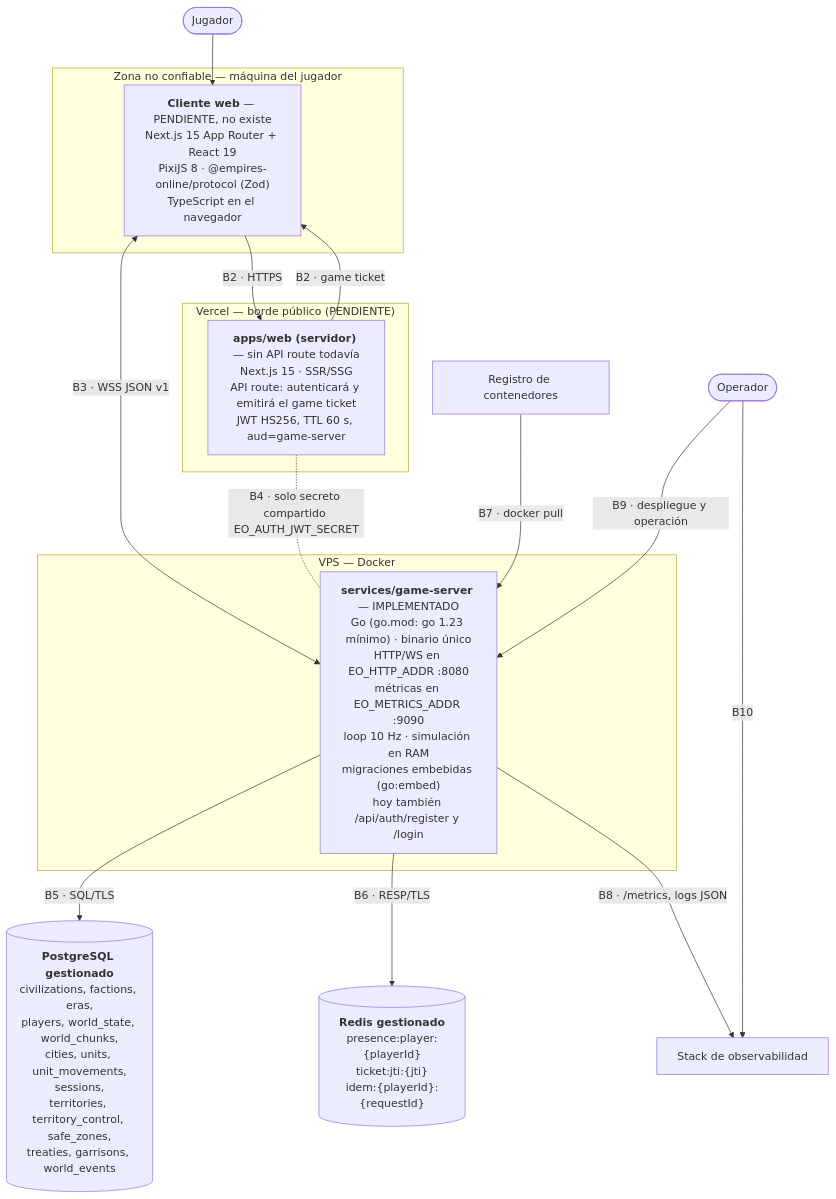
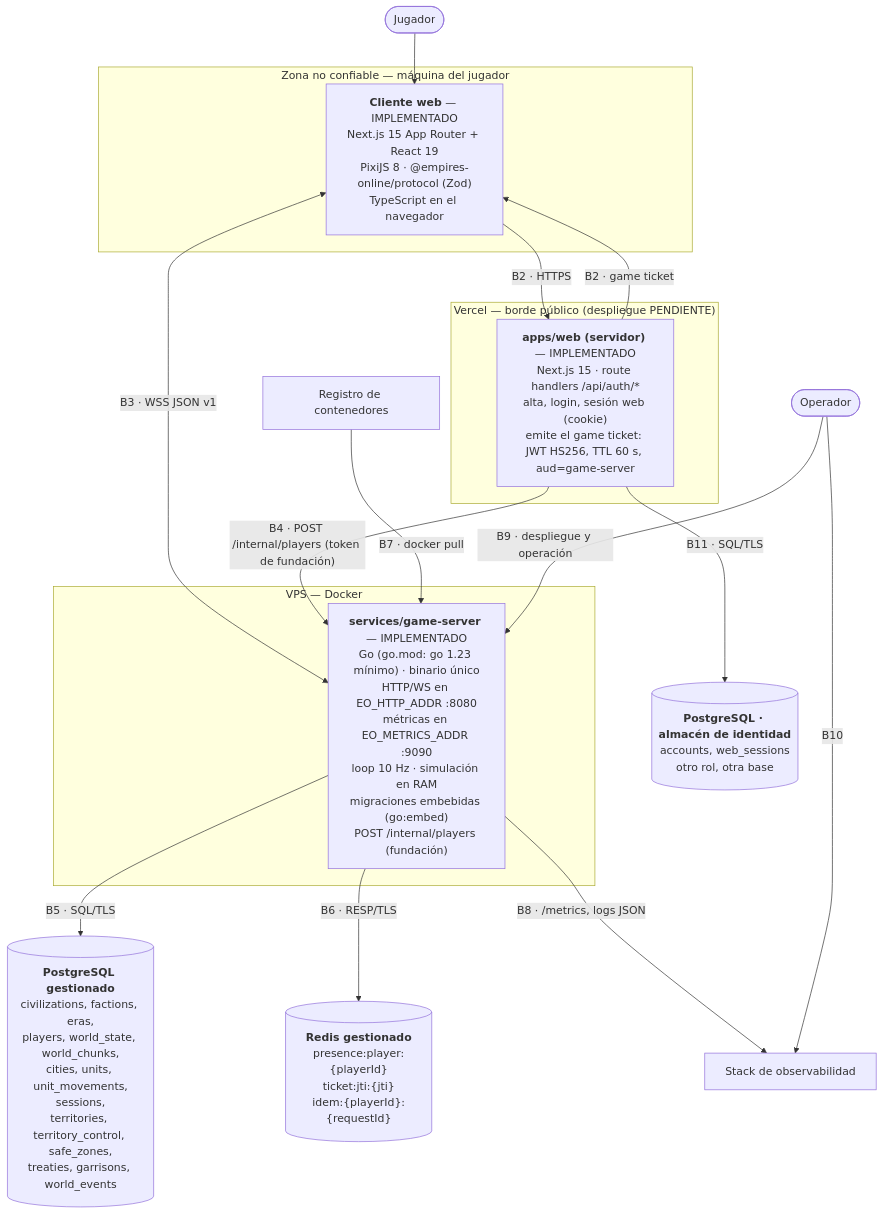
The second of 2 diagrams in docs/architecture/system-context.md (sonetlumiere-code/empires-online), drawn with Mermaid before and after one commit. The commit also changed other lines of this file and 104 other files, not shown here.

````diff
--- a/docs/architecture/system-context.md
+++ b/docs/architecture/system-context.md
@@ -67,34 +64,36 @@
 ```mermaid
 flowchart TB
     PLAYER(["Jugador"])
     OPERATOR(["Operador"])
 
     subgraph untrusted["Zona no confiable — máquina del jugador"]
-        SPA["<b>Cliente web</b> — PENDIENTE, no existe<br/>Next.js 15 App Router + React 19<br/>PixiJS 8 · @empires-online/protocol (Zod)<br/>TypeScript en el navegador"]
+        SPA["<b>Cliente web</b> — IMPLEMENTADO<br/>Next.js 15 App Router + React 19<br/>PixiJS 8 · @empires-online/protocol (Zod)<br/>TypeScript en el navegador"]
     end
 
-    subgraph edge["Vercel — borde público (PENDIENTE)"]
-        NEXT["<b>apps/web (servidor)</b> — sin API route todavía<br/>Next.js 15 · SSR/SSG<br/>API route: autenticará y emitirá el game ticket<br/>JWT HS256, TTL 60 s, aud=game-server"]
+    subgraph edge["Vercel — borde público (despliegue PENDIENTE)"]
+        NEXT["<b>apps/web (servidor)</b> — IMPLEMENTADO<br/>Next.js 15 · route handlers /api/auth/*<br/>alta, login, sesión web (cookie)<br/>emite el game ticket: JWT HS256, TTL 60 s, aud=game-server"]
     end
 
     subgraph vps["VPS — Docker"]
-        GS["<b>services/game-server</b> — IMPLEMENTADO<br/>Go (go.mod: go 1.23 mínimo) · binario único<br/>HTTP/WS en EO_HTTP_ADDR :8080<br/>métricas en EO_METRICS_ADDR :9090<br/>loop 10 Hz · simulación en RAM<br/>migraciones embebidas (go:embed)<br/>hoy también /api/auth/register y /login"]
+        GS["<b>services/game-server</b> — IMPLEMENTADO<br/>Go (go.mod: go 1.23 mínimo) · binario único<br/>HTTP/WS en EO_HTTP_ADDR :8080<br/>métricas en EO_METRICS_ADDR :9090<br/>loop 10 Hz · simulación en RAM<br/>migraciones embebidas (go:embed)<br/>POST /internal/players (fundación)"]
     end
 
     PG[("<b>PostgreSQL gestionado</b><br/>civilizations, factions, eras,<br/>players, world_state, world_chunks,<br/>cities, units, unit_movements,<br/>sessions,<br/>territories, territory_control, safe_zones,<br/>treaties, garrisons, world_events")]
+    ID[("<b>PostgreSQL · almacén de identidad</b><br/>accounts, web_sessions<br/>otro rol, otra base")]
     RD[("<b>Redis gestionado</b><br/>presence:player:{playerId}<br/>ticket:jti:{jti}<br/>idem:{playerId}:{requestId}")]
     REG["Registro de contenedores"]
     OBS["Stack de observabilidad"]
 
     PLAYER --> SPA
     SPA -->|"B2 · HTTPS"| NEXT
     NEXT -->|"B2 · game ticket"| SPA
     SPA <-->|"B3 · WSS JSON v1"| GS
-    NEXT -. "B4 · solo secreto compartido EO_AUTH_JWT_SECRET" .- GS
+    NEXT -->|"B4 · POST /internal/players (token de fundación)"| GS
+    NEXT -->|"B11 · SQL/TLS"| ID
     GS -->|"B5 · SQL/TLS"| PG
     GS -->|"B6 · RESP/TLS"| RD
     REG -->|"B7 · docker pull"| GS
     GS -->|"B8 · /metrics, logs JSON"| OBS
     OPERATOR -->|"B9 · despliegue y operación"| GS
     OPERATOR -->|"B10"| OBS
 ```
````
